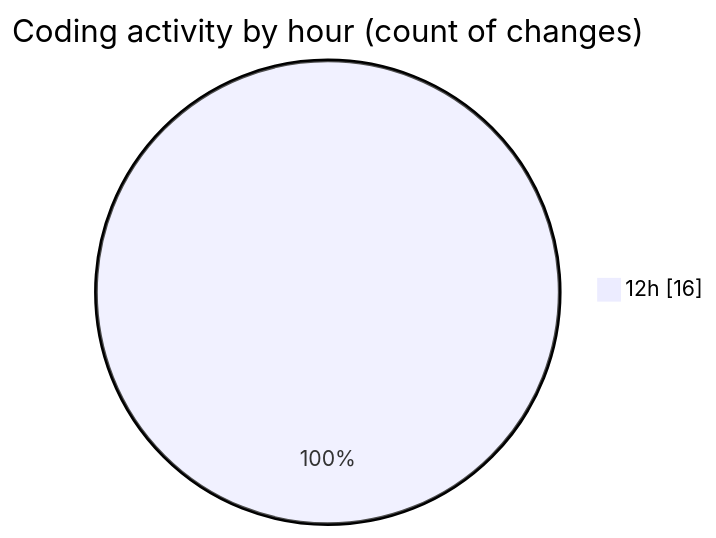
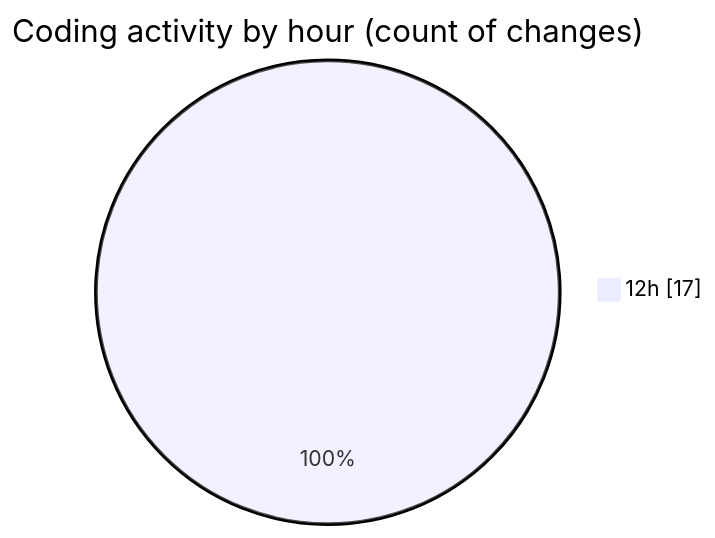
One commit to nxtqubesakshisongat/code-tracking changed the second of 2 diagrams in 2025-08-31/nxtqube_webapp/README.md. Above: the diagram before and after it, drawn with Mermaid. The commit also changed other lines of this file and 1 other file, not shown here.

````diff
--- a/2025-08-31/nxtqube_webapp/README.md
+++ b/2025-08-31/nxtqube_webapp/README.md
@@ -28,5 +28,5 @@
 ```mermaid
 pie showData
 title Coding activity by hour (count of changes)
-"12h" : 16
+"12h" : 17
 ```
````
